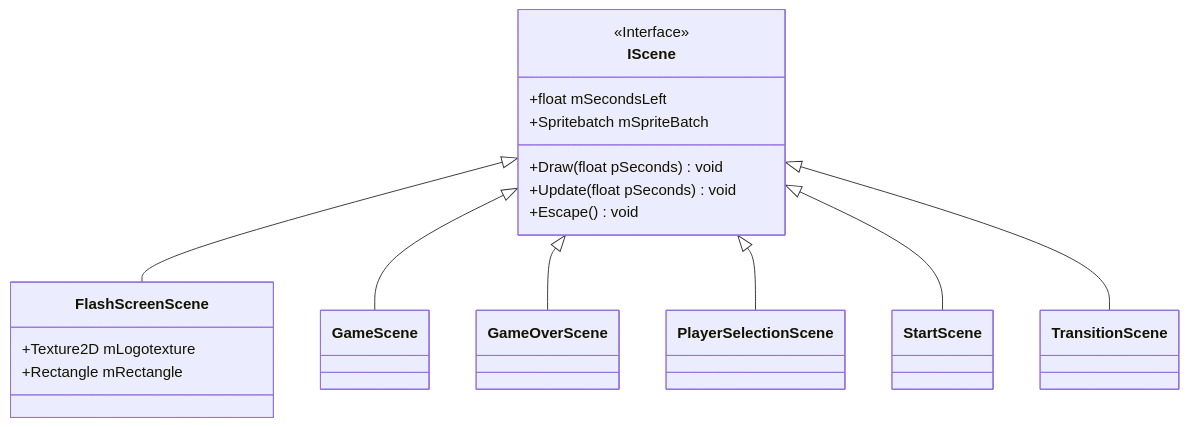
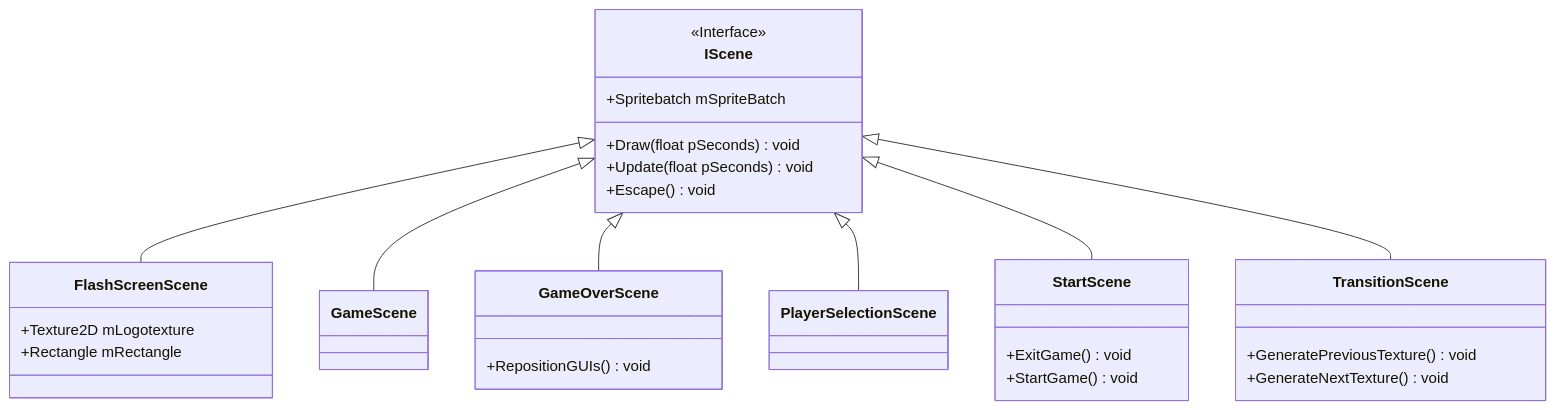
Before and after one commit to Spoingus/TroublesomeTanks_CDP: the diagram in README.md, drawn with Mermaid.

````diff
--- a/README.md
+++ b/README.md
@@ -1,21 +1,37 @@
 ```mermaid
 classDiagram
     IScene <|-- FlashScreenScene
     IScene <|-- GameScene
     IScene <|-- GameOverScene
     IScene <|-- PlayerSelectionScene
     IScene <|-- StartScene
     IScene <|-- TransitionScene
     <<Interface>> IScene
 
-    IScene : +float mSecondsLeft
     IScene : +Spritebatch mSpriteBatch
     IScene : +Draw(float pSeconds) void
     IScene : +Update(float pSeconds) void
     IScene : +Escape() void
 
     class FlashScreenScene{
         +Texture2D mLogotexture
         +Rectangle mRectangle
     }
+    class GameScene{
+        
+    }
+    class GameOverScene{
+        +RepositionGUIs() void
+    }
+    class PlayerSelectionScene{
+
+    }
+    class StartScene{
+        +ExitGame() void
+        +StartGame() void
+    }
+    class TransitionScene{
+        +GeneratePreviousTexture() void
+        +GenerateNextTexture() void
+    }
 ```
````
